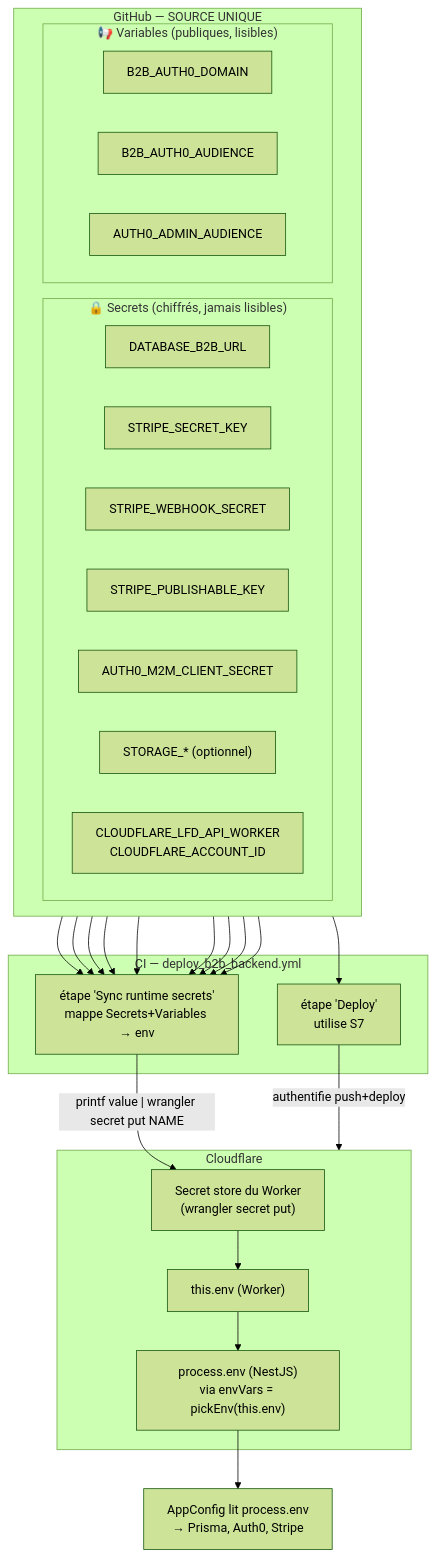
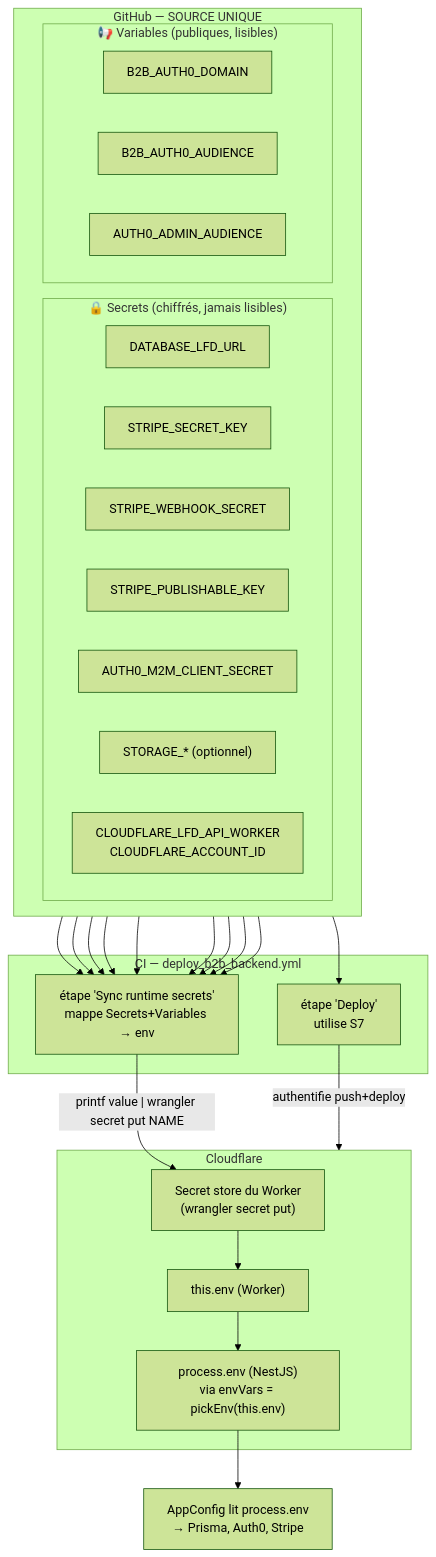
The third of 6 diagrams in documentation/b2b/b2b_backend_deploy.md (hugoheynard/lfd), drawn with Mermaid (forest theme) before and after one commit. The commit also changed other lines of this file and 19 other files, not shown here.

First line of the commit message:
refactor(api): DATABASE_B2B_URL devient DATABASE_LFD_URL

````diff
--- a/documentation/b2b/b2b_backend_deploy.md
+++ b/documentation/b2b/b2b_backend_deploy.md
@@ -109,48 +109,48 @@
 ```mermaid
 flowchart TB
     subgraph gh["GitHub — SOURCE UNIQUE"]
         direction LR
         subgraph ghs["🔒 Secrets (chiffrés, jamais lisibles)"]
-            S1["DATABASE_B2B_URL"]
+            S1["DATABASE_LFD_URL"]
             S2["STRIPE_SECRET_KEY"]
             S3["STRIPE_WEBHOOK_SECRET"]
             S4["STRIPE_PUBLISHABLE_KEY"]
             S5["AUTH0_M2M_CLIENT_SECRET"]
             S6["STORAGE_* (optionnel)"]
             S7["CLOUDFLARE_LFD_API_WORKER<br/>CLOUDFLARE_ACCOUNT_ID"]
         end
         subgraph ghv["📢 Variables (publiques, lisibles)"]
             V1["B2B_AUTH0_DOMAIN"]
             V2["B2B_AUTH0_AUDIENCE"]
             V3["AUTH0_ADMIN_AUDIENCE"]
         end
     end
 
     subgraph ci["CI — deploy_b2b_backend.yml"]
         DEP["étape 'Deploy'<br/>utilise S7"]
         SYNC["étape 'Sync runtime secrets'<br/>mappe Secrets+Variables → env"]
     end
 
     subgraph cf["Cloudflare"]
         WSEC["Secret store du Worker<br/>(wrangler secret put)"]
         ENV["this.env (Worker)"]
         PROC["process.env (NestJS)<br/>via envVars = pickEnv(this.env)"]
     end
 
     S7 --> DEP
     S1 --> SYNC
     S2 --> SYNC
     S3 --> SYNC
     S4 --> SYNC
     S5 --> SYNC
     S6 --> SYNC
     V1 --> SYNC
     V2 --> SYNC
     V3 --> SYNC
 
     DEP -->|"authentifie push+deploy"| cf
     SYNC -->|"printf value | wrangler secret put NAME"| WSEC
     WSEC --> ENV
     ENV --> PROC
     PROC --> APP["AppConfig lit process.env<br/>→ Prisma, Auth0, Stripe"]
 ```
````
